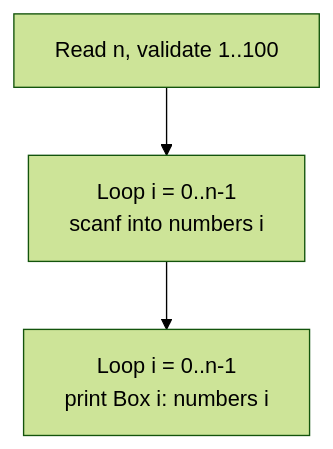
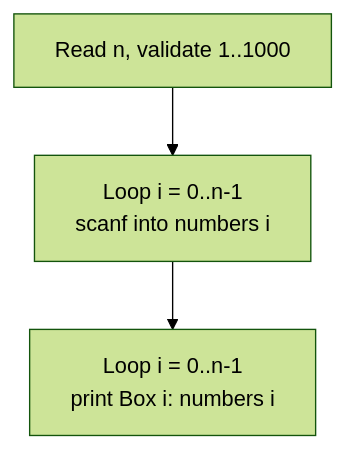
The second of 3 diagrams in c-programing-workshop/session-3/problems/01-print-my-array/README.md (Wameeedh/c-programing-workshop), drawn with Mermaid (forest theme) before and after one commit. The commit also changed other lines of this file and 16 other files, not shown here.

````diff
--- a/c-programing-workshop/session-3/problems/01-print-my-array/README.md
+++ b/c-programing-workshop/session-3/problems/01-print-my-array/README.md
@@ -73,5 +87,5 @@
 ```mermaid
 flowchart TD
-    R["Read n, validate 1..100"] --> F["Loop i = 0..n-1<br/>scanf into numbers i"]
+    R["Read n, validate 1..1000"] --> F["Loop i = 0..n-1<br/>scanf into numbers i"]
     F --> P["Loop i = 0..n-1<br/>print Box i: numbers i"]
 ```
````
